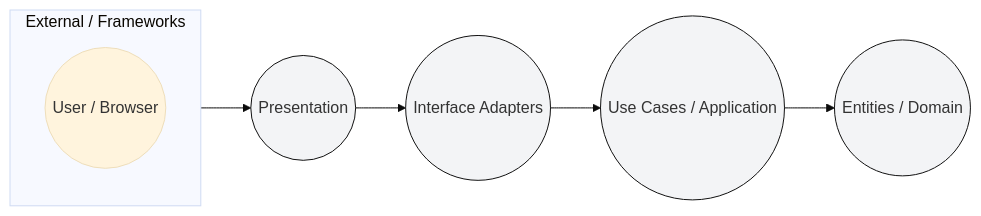
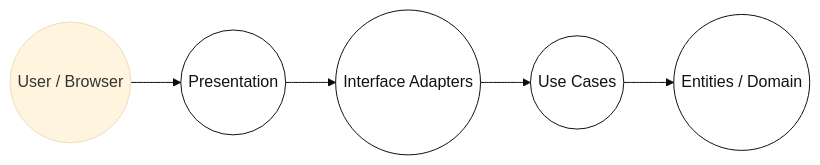
One commit to mohabmohamed44/Task-Management changed the first of 3 diagrams in README.md. Above: the diagram before and after it, drawn with Mermaid (base theme). The commit also changed other lines of this file, not shown here.

````diff
--- a/README.md
+++ b/README.md
@@ -38,15 +39,10 @@
 ```mermaid
 flowchart LR
-  subgraph outer[External / Frameworks]
-    direction TB
-    U((User / Browser))
-  end
-
-  U --> A((Presentation))
+  U((User / Browser)) --> A((Presentation))
   A --> B((Interface Adapters))
-  B --> C((Use Cases / Application))
+  B --> C((Use Cases))
   C --> D((Entities / Domain))
 
-  classDef circle fill:#f3f4f6,stroke:#111,stroke-width:1px;
+  classDef circle fill:transparent,stroke:#111,stroke-width:1px,color:#111;
   class A,B,C,D circle;
 ```
````
